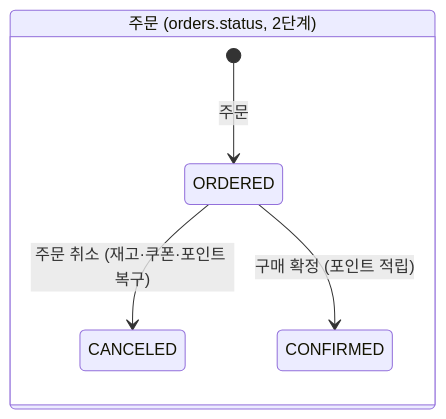
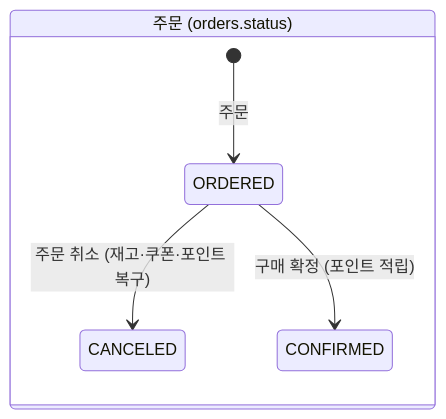
One commit to KAPUIST/flash-gate changed the third of 3 diagrams in docs/reference/erd.md. Above: the diagram before and after it, drawn with Mermaid. The commit also changed other lines of this file and 33 other files, not shown here.

````diff
--- a/docs/reference/erd.md
+++ b/docs/reference/erd.md
@@ -411,8 +411,8 @@
 ```mermaid
 stateDiagram-v2
-    state "주문 (orders.status, 2단계)" as O {
+    state "주문 (orders.status)" as O {
         [*] --> ORDERED: 주문
         ORDERED --> CANCELED: 주문 취소 (재고·쿠폰·포인트 복구)
         ORDERED --> CONFIRMED: 구매 확정 (포인트 적립)
     }
 ```
````
